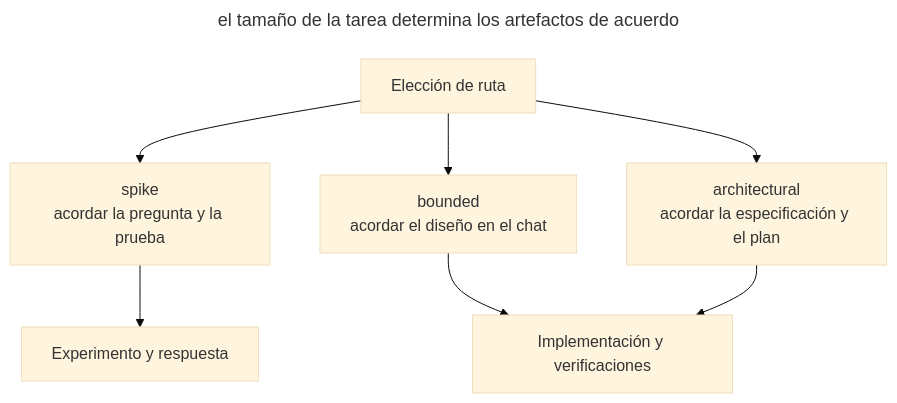
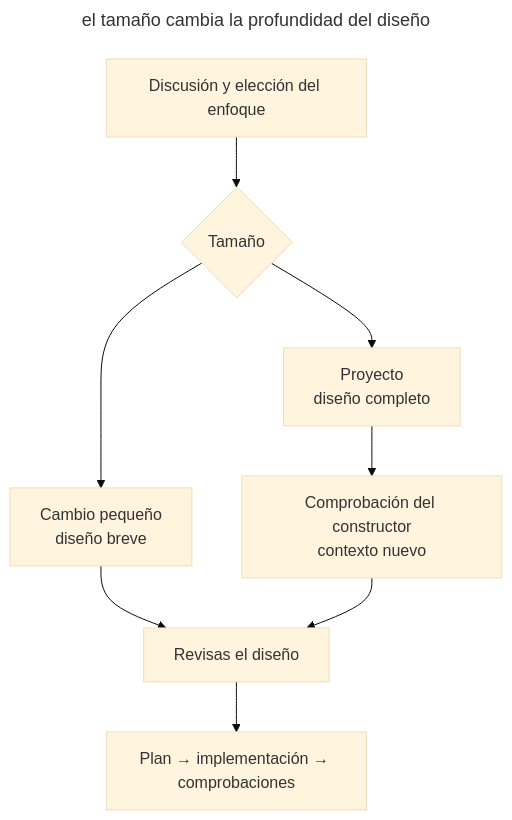
One commit to mokevnin/agentic-coding-design-patterns changed the diagram in book/es/superpowers.md. Above: the diagram before and after it, drawn with Mermaid (base theme). The commit also changed other lines of this file and 78 other files, not shown here.

````diff
--- a/book/es/superpowers.md
+++ b/book/es/superpowers.md
@@ -40,12 +32,13 @@
 ```mermaid
 ---
-title: el tamaño de la tarea determina los artefactos de acuerdo
+title: el tamaño cambia la profundidad del diseño
 ---
 flowchart TB
-  classify["Elección de ruta"] --> spike["spike<br/>acordar la pregunta y la prueba"]
-  classify --> bounded["bounded<br/>acordar el diseño en el chat"]
-  classify --> architecture["architectural<br/>acordar la especificación y el plan"]
-  spike --> answer["Experimento y respuesta"]:::accent
-  bounded --> implementation["Implementación y verificaciones"]:::accent
-  architecture --> implementation
+  discuss["Discusión y elección del enfoque"] --> size{"Tamaño"}
+  size --> short["Cambio pequeño<br/>diseño breve"]
+  size --> full["Proyecto<br/>diseño completo"]
+  full --> check["Comprobación del constructor<br/>contexto nuevo"]
+  short --> approval["Revisas el diseño"]:::accent
+  check --> approval
+  approval --> plan["Plan → implementación → comprobaciones"]
 ```
````
